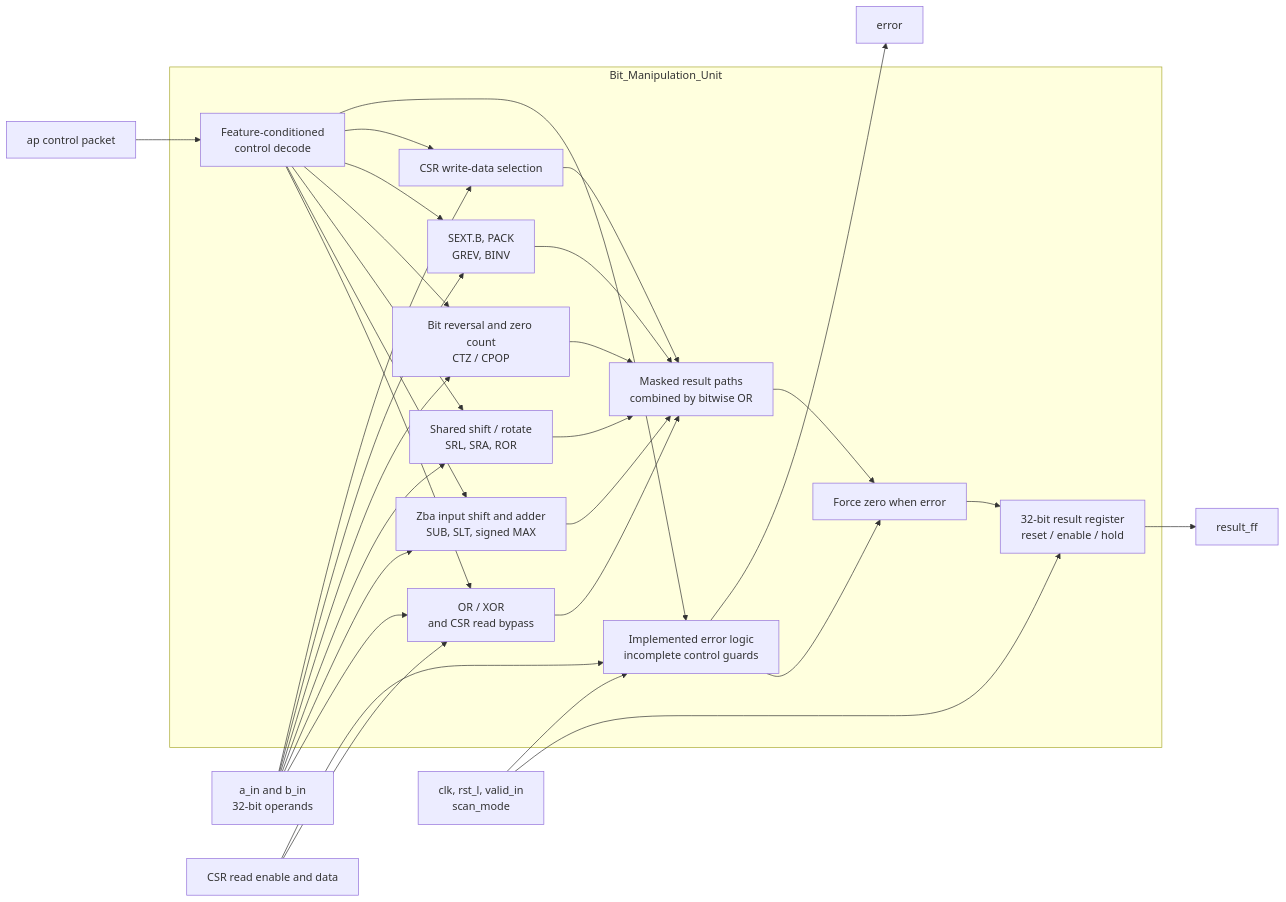
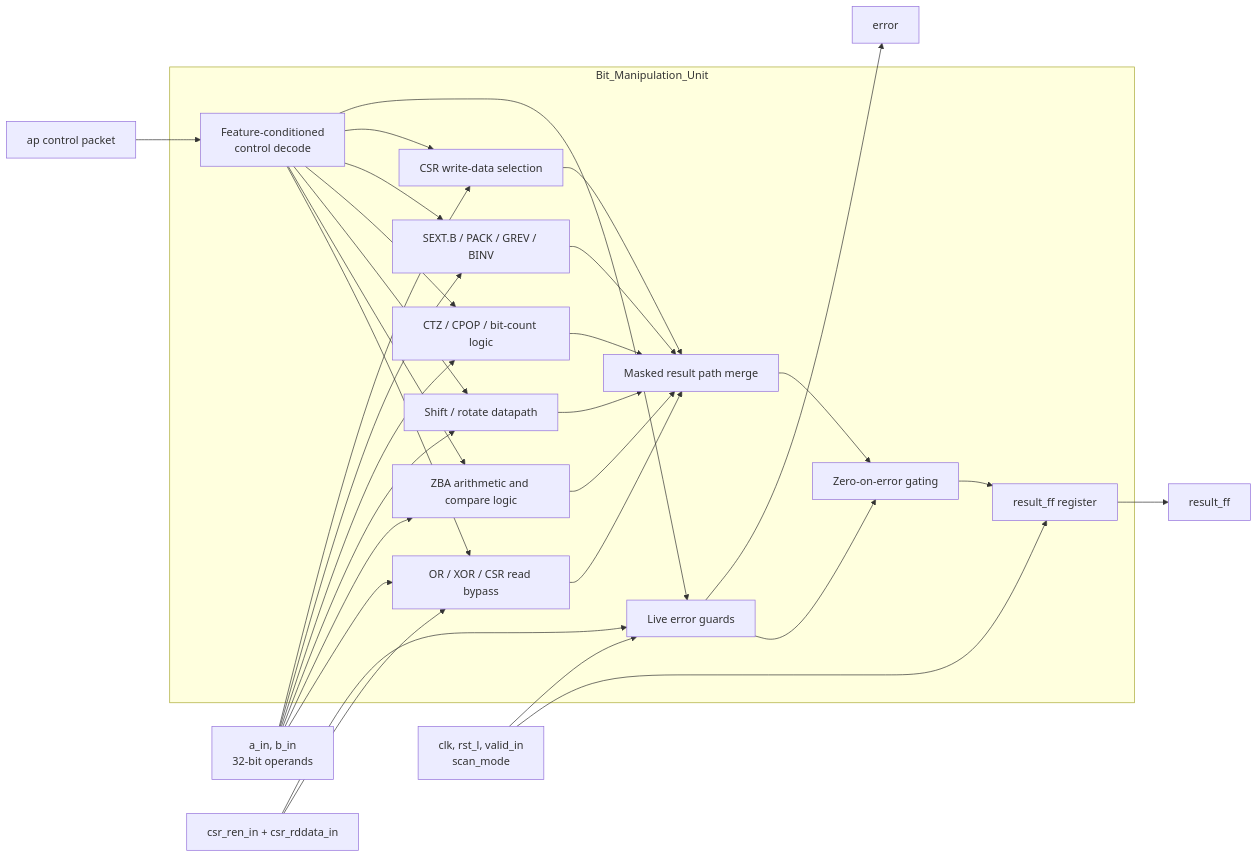
Before and after one commit to JHT127/riscv-bmu-verification: the first of 2 diagrams in README.md, drawn with Mermaid. The commit also changed other lines of this file, not shown here.

````diff
--- a/README.md
+++ b/README.md
@@ -125,33 +80,36 @@
 ```mermaid
 flowchart LR
-    A["a_in and b_in<br/>32-bit operands"]
+    A["a_in, b_in<br/>32-bit operands"]
     P["ap control packet"]
-    C["CSR read enable and data"]
+    C["csr_ren_in + csr_rddata_in"]
     T["clk, rst_l, valid_in<br/>scan_mode"]
+
     subgraph DUT["Bit_Manipulation_Unit"]
         DEC["Feature-conditioned<br/>control decode"]
-        LOG["OR / XOR<br/>and CSR read bypass"]
-        ADD["Zba input shift and adder<br/>SUB, SLT, signed MAX"]
-        SHIFT["Shared shift / rotate<br/>SRL, SRA, ROR"]
-        COUNT["Bit reversal and zero count<br/>CTZ / CPOP"]
-        BIT["SEXT.B, PACK<br/>GREV, BINV"]
+        LOG["OR / XOR / CSR read bypass"]
+        ADD["ZBA arithmetic and compare logic"]
+        SHIFT["Shift / rotate datapath"]
+        COUNT["CTZ / CPOP / bit-count logic"]
+        BIT["SEXT.B / PACK / GREV / BINV"]
         CSR["CSR write-data selection"]
-        ERR["Implemented error logic<br/>incomplete control guards"]
-        COMB["Masked result paths<br/>combined by bitwise OR"]
-        GATE["Force zero when error"]
-        REG["32-bit result register<br/>reset / enable / hold"]
+        ERR["Live error guards"]
+        COMB["Masked result path merge"]
+        GATE["Zero-on-error gating"]
+        REG["result_ff register"]
+
         DEC --> LOG & ADD & SHIFT & COUNT & BIT & CSR
         DEC --> ERR
         LOG & ADD & SHIFT & COUNT & BIT & CSR --> COMB
         COMB --> GATE
         ERR --> GATE
         GATE --> REG
     end
+
     P --> DEC
     A --> LOG & ADD & SHIFT & COUNT & BIT & CSR
     C --> LOG & ERR
     T --> REG
     T --> ERR
     REG --> R["result_ff"]
     ERR --> E["error"]
 ```
````
